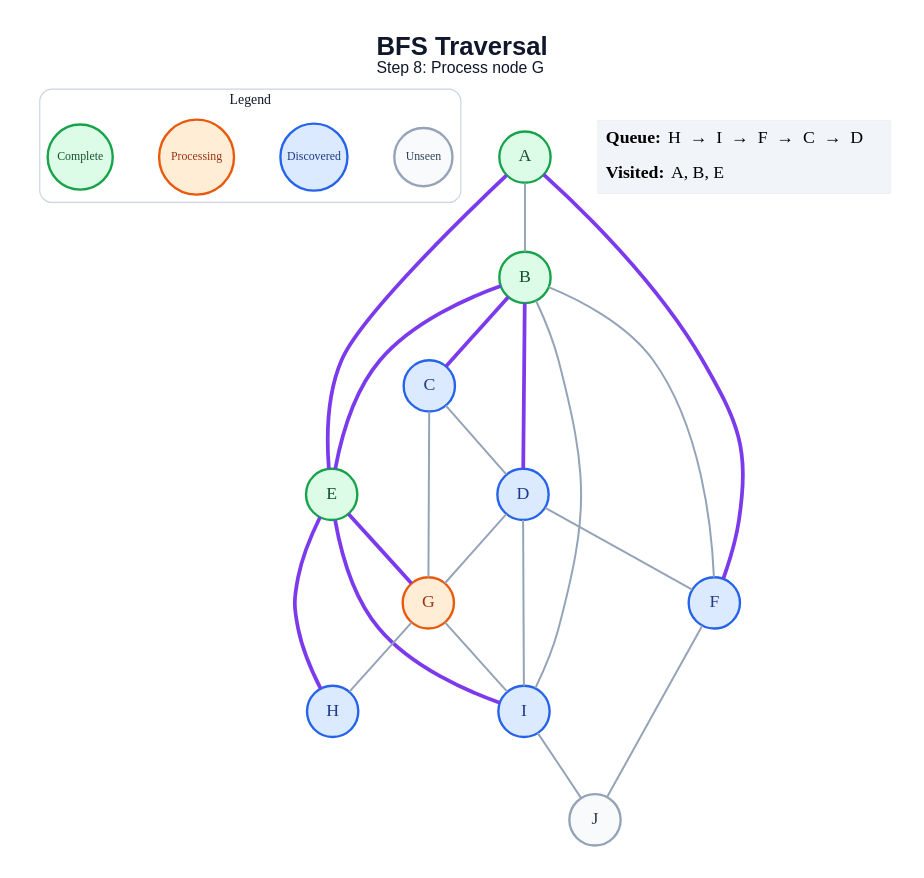
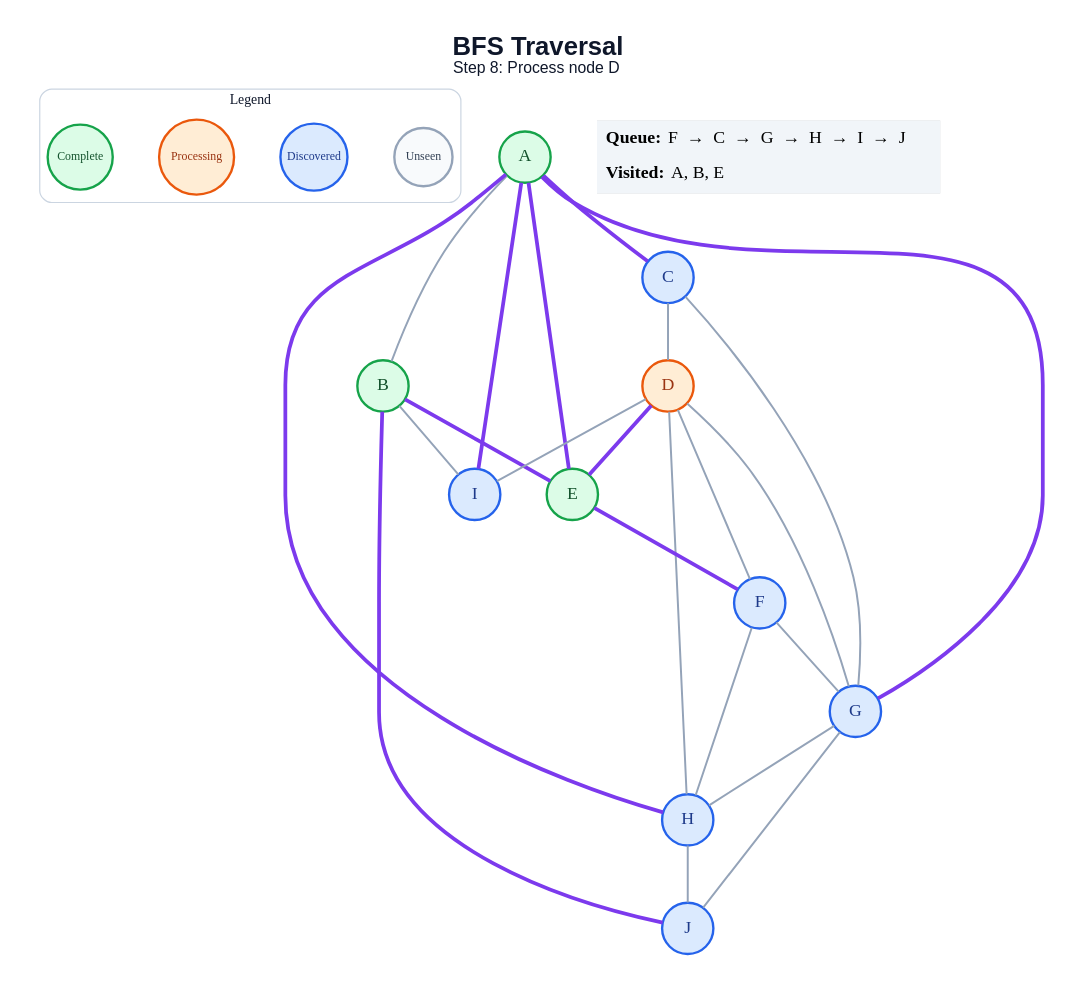
One commit to amanghodawala9/ai-slop changed the diagram in generated/specific-node/bfs/step_08.dot. Above: the diagram before and after it, drawn with Graphviz. The commit also changed 178 other files, not shown here.

```diff
--- a/generated/specific-node/bfs/step_08.dot
+++ b/generated/specific-node/bfs/step_08.dot
@@ -1,49 +1,51 @@
 graph traversal {
   graph [layout=dot, rankdir=TB, bgcolor="#FFFFFF", pad="0.35", nodesep="0.65", ranksep="0.8", fontname="Arial"];
   node [shape=circle, style="filled", fontname="Arial Bold", fontsize=18, width=0.72, fixedsize=true, penwidth=2.4];
   edge [color="#94A3B8", penwidth=2.0];
-  label=<<B>BFS Traversal</B><BR/><FONT POINT-SIZE="16">Step 8: Process node G</FONT>>; labelloc="t"; fontsize=26; fontname="Arial"; fontcolor="#0F172A";
+  label=<<B>BFS Traversal</B><BR/><FONT POINT-SIZE="16">Step 8: Process node D</FONT>>; labelloc="t"; fontsize=26; fontname="Arial"; fontcolor="#0F172A";
   subgraph cluster_legend { label="Legend"; color="#CBD5E1"; penwidth=1.2; style="rounded"; fontsize=14; fontname="Arial Bold";
     key_unseen [label="Unseen", fillcolor="#F8FAFC", color="#94A3B8", fontcolor="#334155", fontsize=12, width=0.82];
     key_frontier [label="Discovered", fillcolor="#DBEAFE", color="#2563EB", fontcolor="#1E3A8A", fontsize=12, width=0.95];
     key_current [label="Processing", fillcolor="#FFEDD5", color="#EA580C", fontcolor="#9A3412", fontsize=12, width=1.05];
     key_done [label="Complete", fillcolor="#DCFCE7", color="#16A34A", fontcolor="#14532D", fontsize=12, width=0.92];
     { rank=same; key_unseen; key_frontier; key_current; key_done; }
   }
   A [fillcolor="#DCFCE7", color="#16A34A", fontcolor="#14532D"];
   B [fillcolor="#DCFCE7", color="#16A34A", fontcolor="#14532D"];
   C [fillcolor="#DBEAFE", color="#2563EB", fontcolor="#1E3A8A"];
-  D [fillcolor="#DBEAFE", color="#2563EB", fontcolor="#1E3A8A"];
+  D [fillcolor="#FFEDD5", color="#EA580C", fontcolor="#9A3412"];
   E [fillcolor="#DCFCE7", color="#16A34A", fontcolor="#14532D"];
   F [fillcolor="#DBEAFE", color="#2563EB", fontcolor="#1E3A8A"];
-  G [fillcolor="#FFEDD5", color="#EA580C", fontcolor="#9A3412"];
+  G [fillcolor="#DBEAFE", color="#2563EB", fontcolor="#1E3A8A"];
   H [fillcolor="#DBEAFE", color="#2563EB", fontcolor="#1E3A8A"];
   I [fillcolor="#DBEAFE", color="#2563EB", fontcolor="#1E3A8A"];
-  J [fillcolor="#F8FAFC", color="#94A3B8", fontcolor="#334155"];
+  J [fillcolor="#DBEAFE", color="#2563EB", fontcolor="#1E3A8A"];
   A -- B;
+  A -- C [color="#7C3AED", penwidth=3.8];
   A -- E [color="#7C3AED", penwidth=3.8];
-  A -- F [color="#7C3AED", penwidth=3.8];
-  B -- C [color="#7C3AED", penwidth=3.8];
-  B -- D [color="#7C3AED", penwidth=3.8];
+  A -- G [color="#7C3AED", penwidth=3.8];
+  A -- H [color="#7C3AED", penwidth=3.8];
+  A -- I [color="#7C3AED", penwidth=3.8];
   B -- E [color="#7C3AED", penwidth=3.8];
-  B -- F;
   B -- I;
+  B -- J [color="#7C3AED", penwidth=3.8];
   C -- D;
   C -- G;
+  D -- E [color="#7C3AED", penwidth=3.8];
   D -- F;
   D -- G;
+  D -- H;
   D -- I;
-  E -- G [color="#7C3AED", penwidth=3.8];
-  E -- H [color="#7C3AED", penwidth=3.8];
-  E -- I [color="#7C3AED", penwidth=3.8];
-  F -- J;
+  E -- F [color="#7C3AED", penwidth=3.8];
+  F -- G;
+  F -- H;
   G -- H;
-  G -- I;
-  I -- J;
+  G -- J;
+  H -- J;
   status [shape=plain, fixedsize=false, width=0, height=0, margin=0, label=<
     <TABLE BORDER="0" CELLBORDER="0" CELLPADDING="7" BGCOLOR="#F1F5F9">
-      <TR><TD ALIGN="LEFT"><B>Queue:</B> H  →  I  →  F  →  C  →  D</TD></TR>
+      <TR><TD ALIGN="LEFT"><B>Queue:</B> F  →  C  →  G  →  H  →  I  →  J</TD></TR>
       <TR><TD ALIGN="LEFT"><B>Visited:</B> A, B, E</TD></TR>
     </TABLE>
   >];
 }
```
